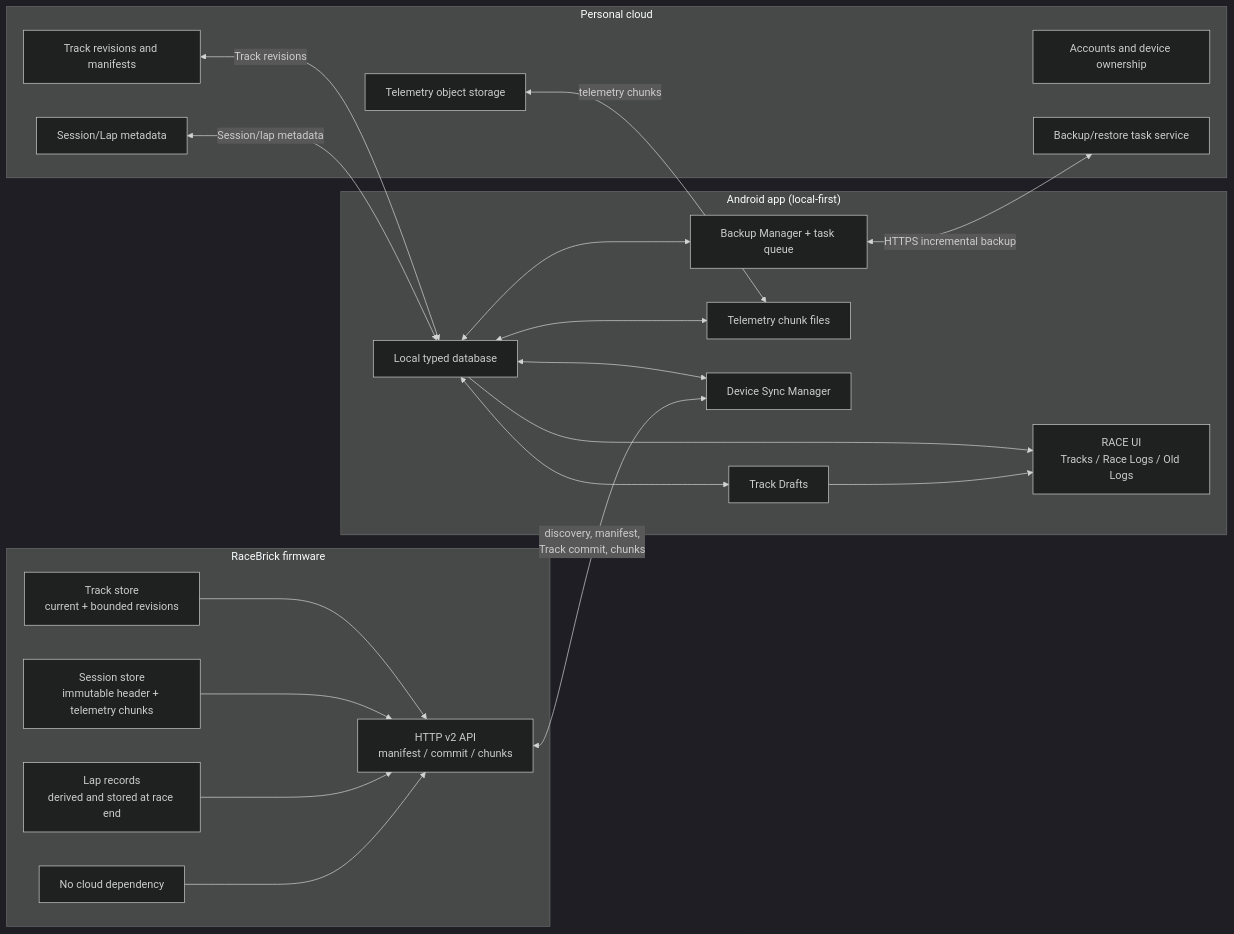
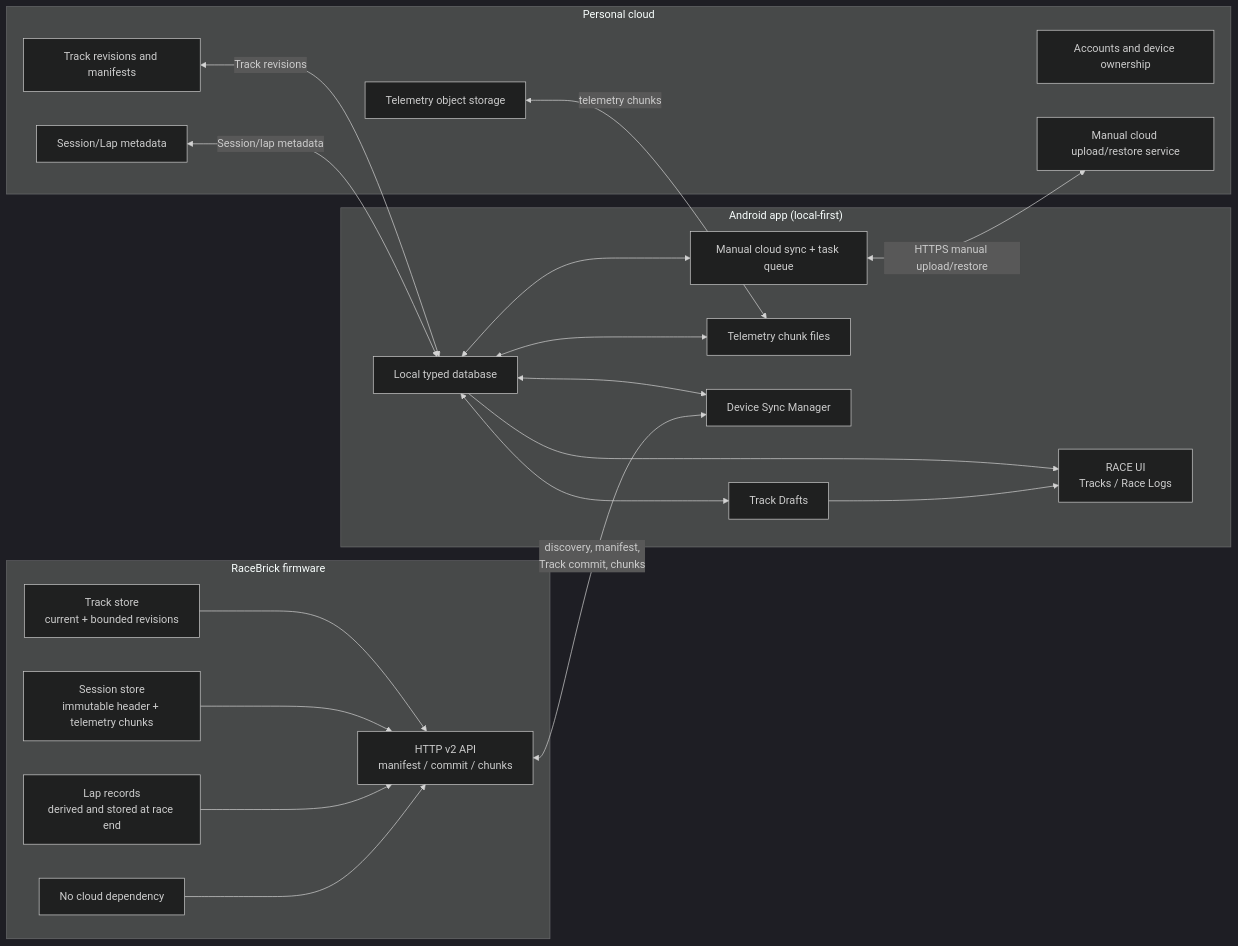
One commit to TJiangF/RaceBrick changed the first of 7 diagrams in docs/THREE_TIER_ARCHITECTURE.md. Above: the diagram before and after it, drawn with Mermaid (dark theme). The commit also changed other lines of this file and 2 other files, not shown here.

Commit message:
Align sync design with manual cloud and old log removal

````diff
--- a/docs/THREE_TIER_ARCHITECTURE.md
+++ b/docs/THREE_TIER_ARCHITECTURE.md
@@ -154,43 +157,43 @@
 ```mermaid
 flowchart LR
     subgraph Device["RaceBrick firmware"]
         D1["Track store<br/>current + bounded revisions"]
         D2["Session store<br/>immutable header + telemetry chunks"]
         D3["Lap records<br/>derived and stored at race end"]
         D4["HTTP v2 API<br/>manifest / commit / chunks"]
         D5["No cloud dependency"]
         D1 --> D4
         D2 --> D4
         D3 --> D4
         D5 --> D4
     end
 
     subgraph App["Android app (local-first)"]
         A1["Local typed database"]
         A2["Track Drafts"]
         A3["Telemetry chunk files"]
         A4["Device Sync Manager"]
-        A5["Backup Manager + task queue"]
-        A6["RACE UI<br/>Tracks / Race Logs / Old Logs"]
+        A5["Manual cloud sync + task queue"]
+        A6["RACE UI<br/>Tracks / Race Logs"]
         A1 <--> A2
         A1 <--> A3
         A1 <--> A4
         A1 <--> A5
         A1 --> A6
         A2 --> A6
     end
 
     subgraph Cloud["Personal cloud"]
         C1["Accounts and device ownership"]
         C2["Track revisions and manifests"]
         C3["Session/Lap metadata"]
         C4["Telemetry object storage"]
-        C5["Backup/restore task service"]
+        C5["Manual cloud upload/restore service"]
     end
 
     D4 <-->|"discovery, manifest,<br/>Track commit, chunks"| A4
-    A5 <-->|"HTTPS incremental backup"| C5
+    A5 <-->|"HTTPS manual upload/restore"| C5
     C2 <-->|"Track revisions"| A1
     C3 <-->|"Session/lap metadata"| A1
     C4 <-->|"telemetry chunks"| A3
 ```
````
